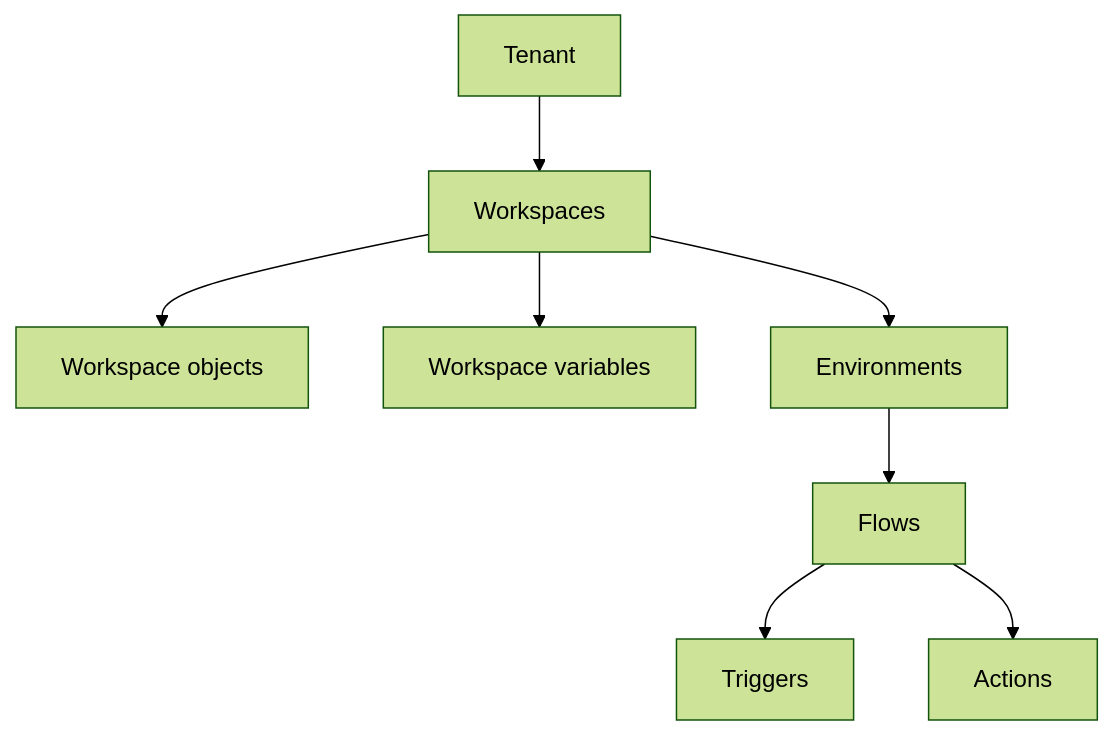
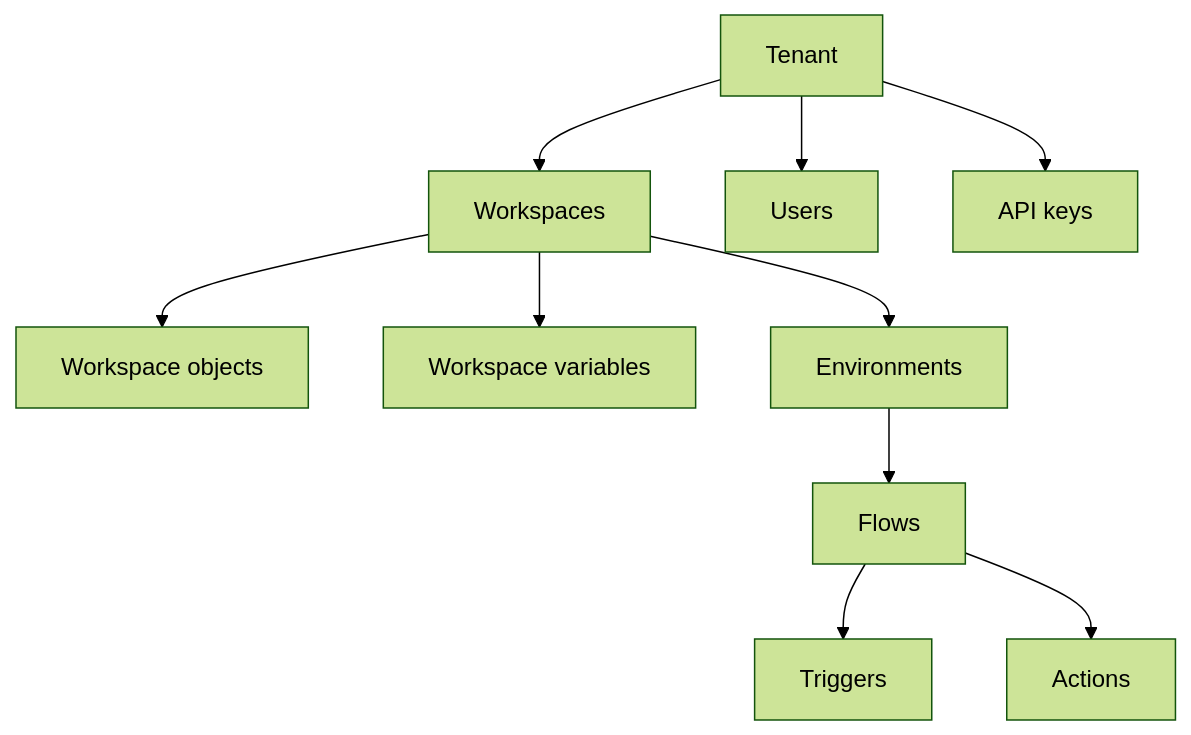
One commit to Profitbase/Episode-Docs changed the diagram in articles/flow/key-concepts.md. Above: the diagram before and after it, drawn with Mermaid (forest theme). The commit also changed other lines of this file and 20 other files, not shown here.

````diff
--- a/articles/flow/key-concepts.md
+++ b/articles/flow/key-concepts.md
@@ -58,12 +58,14 @@
 ```mermaid
 flowchart TD
 
 Tenant[Tenant] --> Workspaces[Workspaces]
+Tenant --> Users
+Tenant --> APKeys[API keys]
 Workspaces --> WorkspaceObjects[Workspace objects]
 Workspaces --> WorkspaceVariables[Workspace variables]
 Workspaces --> Environments[Environments]
 Environments --> Flows[Flows]
 Flows --> Triggers[Triggers]
 Flows --> Actions[Actions]
 
 ```
````
